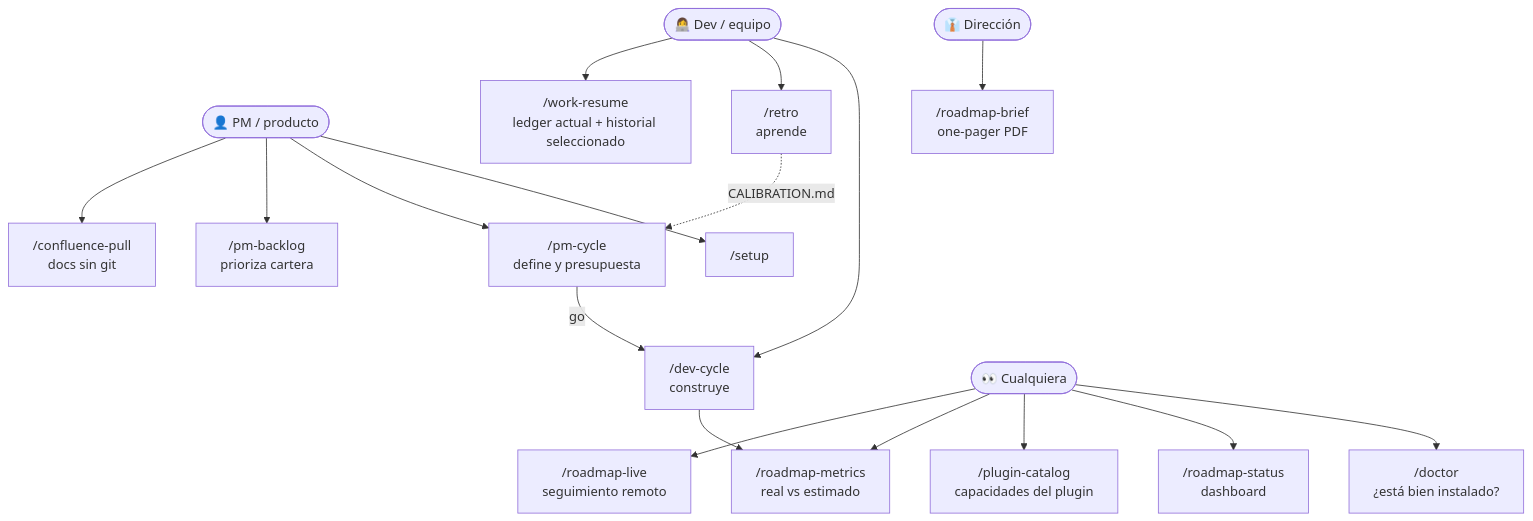
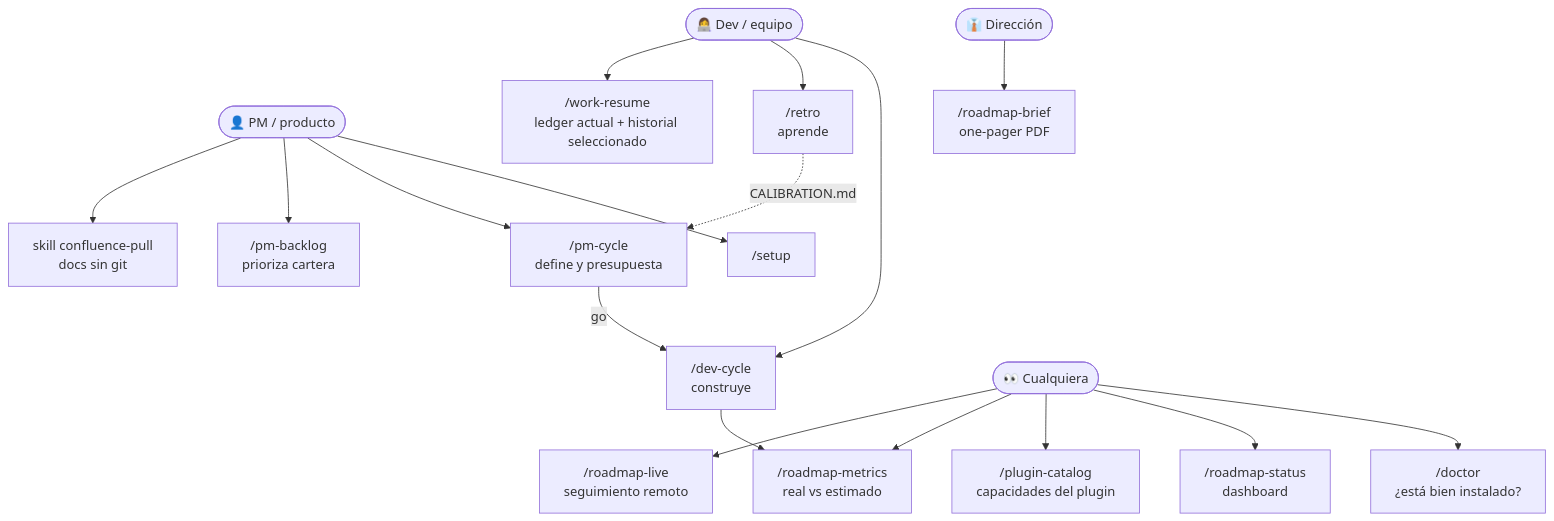
One commit to daycry/custom-agents changed the second of 28 diagrams in docs/FLOWS.md. Above: the diagram before and after it, drawn with Mermaid. The commit also changed 25 other files, not shown here.

First line of the commit message:
T-03 (plugin-audit-2): un solo confluence-pull (se retira el comando) y el linter vigila la colisión

````diff
--- a/docs/FLOWS.md
+++ b/docs/FLOWS.md
@@ -47,19 +47,19 @@
 ```mermaid
 flowchart TD
     PM(["👤 PM / producto"]) --> S0["/setup"]
     PM --> P1["/pm-cycle<br/>define y presupuesta"]
     PM --> P2["/pm-backlog<br/>prioriza cartera"]
-    PM --> P3["/confluence-pull<br/>docs sin git"]
+    PM --> P3["skill confluence-pull<br/>docs sin git"]
     DEV(["👩‍💻 Dev / equipo"]) --> D1["/dev-cycle<br/>construye"]
     DEV --> D2["/retro<br/>aprende"]
     DEV --> D3["/work-resume<br/>ledger actual + historial seleccionado"]
     DIR(["👔 Dirección"]) --> V1["/roadmap-brief<br/>one-pager PDF"]
     TODOS(["👀 Cualquiera"]) --> V0["/doctor<br/>¿está bien instalado?"]
     TODOS --> V2["/roadmap-status<br/>dashboard"]
     TODOS --> V5["/plugin-catalog<br/>capacidades del plugin"]
     TODOS --> V3["/roadmap-metrics<br/>real vs estimado"]
     TODOS --> V4["/roadmap-live<br/>seguimiento remoto"]
     P1 -->|go| D1
     D1 --> V3
     D2 -.->|CALIBRATION.md| P1
 ```
````
